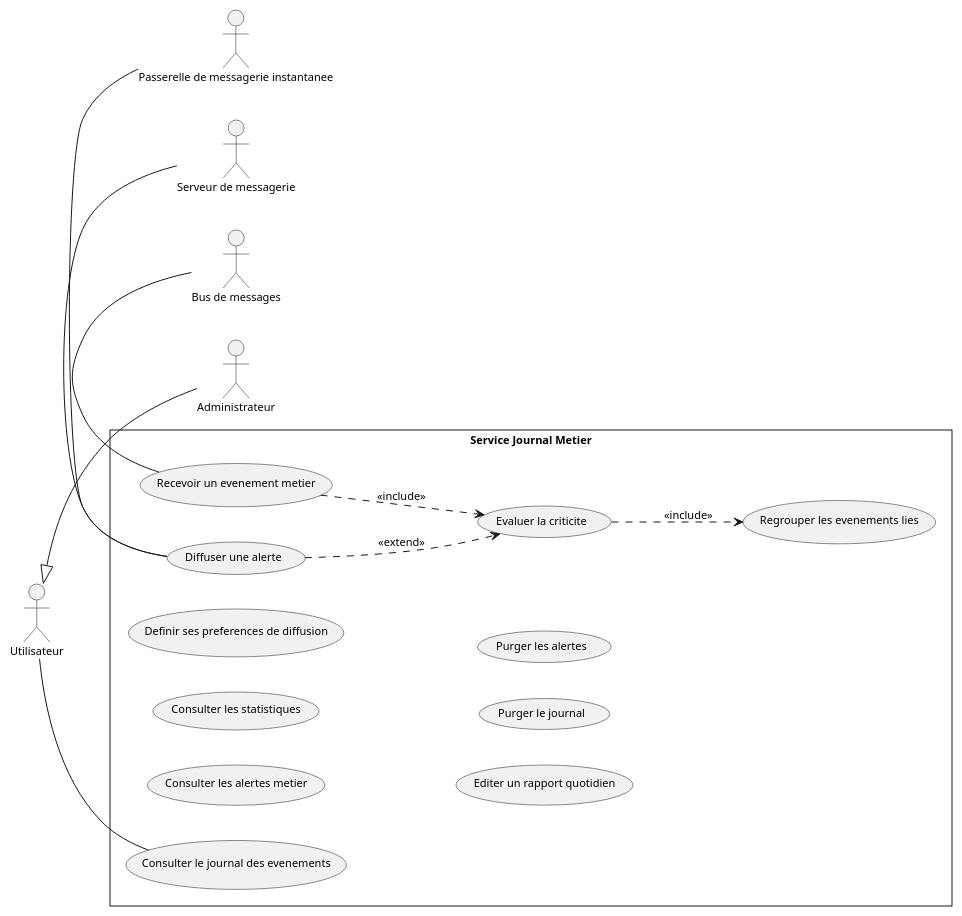
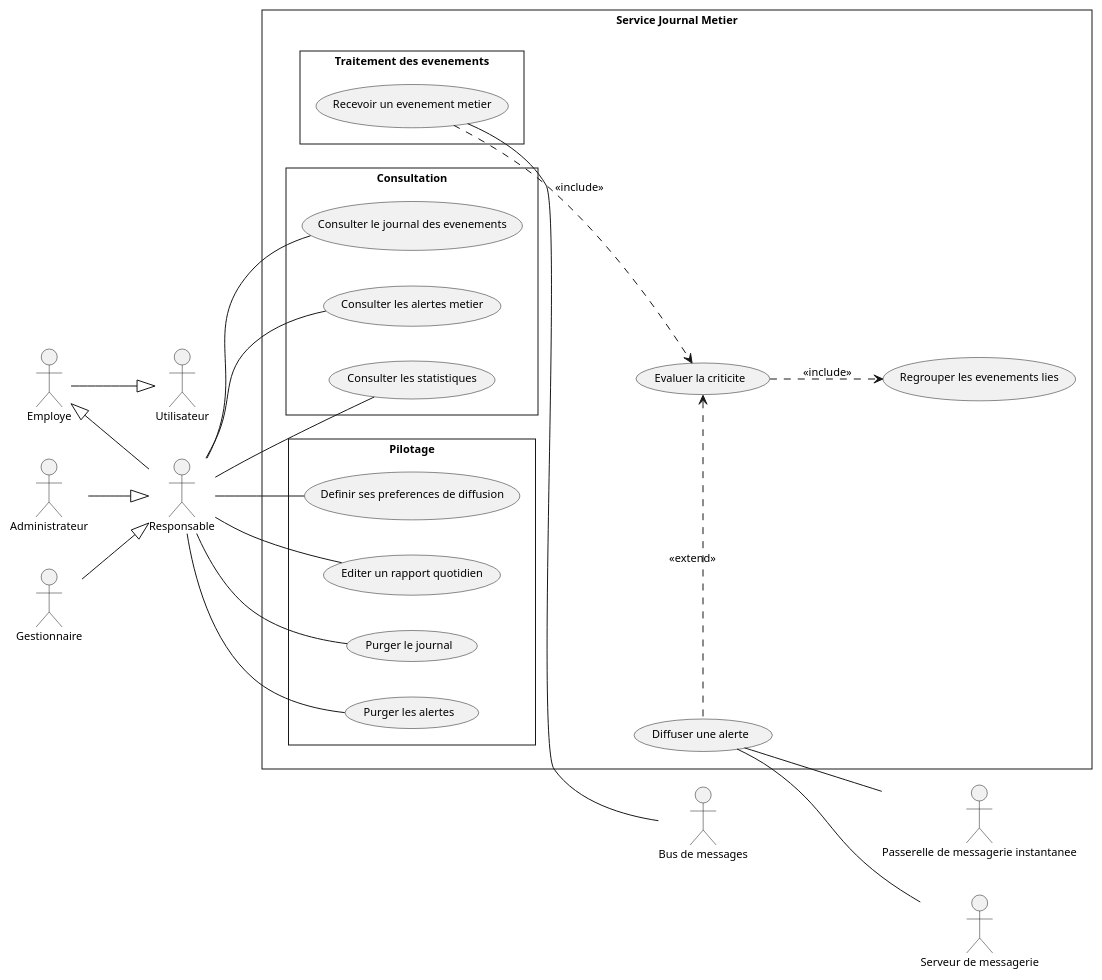
The diagram in docs/diagrams/microservices/IBOA/IBOA-usecase.puml (saber-barhoumi/Xpark-gmao), drawn with PlantUML before and after one commit. The commit also changed 12 other files, not shown here.

```diff
--- a/docs/diagrams/microservices/IBOA/IBOA-usecase.puml
+++ b/docs/diagrams/microservices/IBOA/IBOA-usecase.puml
@@ -1,49 +1,68 @@
 @startuml
 skinparam style strictuml
 skinparam packageStyle rectangle
 skinparam shadowing false
 skinparam defaultFontName Verdana
 skinparam defaultFontSize 11
 skinparam backgroundColor #FFFFFF
 left to right direction
 
-' Acteurs principaux, empiles a gauche du plus general au plus specialise
+' Acteurs, alignes a gauche : les porteurs d'associations sont
+' accoles a la frontiere, les acteurs structurels a leur gauche
 actor "Utilisateur" as Utilisateur
+actor "Employe" as Employe
+actor "Responsable" as Responsable
 actor "Administrateur" as Administrateur
+actor "Gestionnaire" as Gestionnaire
 
 ' Generalisation : triangle creux, de l'enfant vers le parent
-Administrateur -up-|> Utilisateur
+Employe -down-|> Utilisateur
+Responsable -up-|> Employe
+Administrateur -down-|> Responsable
+Gestionnaire -down-|> Responsable
 
 rectangle "Service Journal Metier" {
-  usecase "Consulter le journal des evenements" as UC_Consulter_le_journal_des_evenement
-  usecase "Recevoir un evenement metier" as UC_Recevoir_un_evenement_metier
+  package "Traitement des evenements" {
+    usecase "Recevoir un evenement metier" as UC_Recevoir_un_evenement_metier
+  }
+  package "Consultation" {
+    usecase "Consulter le journal des evenements" as UC_Consulter_le_journal_des_evenement
+    usecase "Consulter les alertes metier" as UC_Consulter_les_alertes_metier
+    usecase "Consulter les statistiques" as UC_Consulter_les_statistiques
+  }
+  package "Pilotage" {
+    usecase "Definir ses preferences de diffusion" as UC_Definir_ses_preferences_de_diffusi
+    usecase "Editer un rapport quotidien" as UC_Editer_un_rapport_quotidien
+    usecase "Purger le journal" as UC_Purger_le_journal
+    usecase "Purger les alertes" as UC_Purger_les_alertes
+  }
   usecase "Evaluer la criticite" as UC_Evaluer_la_criticite
   usecase "Regrouper les evenements lies" as UC_Regrouper_les_evenements_lies
   usecase "Diffuser une alerte" as UC_Diffuser_une_alerte
-  usecase "Consulter les alertes metier" as UC_Consulter_les_alertes_metier
-  usecase "Consulter les statistiques" as UC_Consulter_les_statistiques
-  usecase "Definir ses preferences de diffusion" as UC_Definir_ses_preferences_de_diffusi
-  usecase "Editer un rapport quotidien" as UC_Editer_un_rapport_quotidien
-  usecase "Purger le journal" as UC_Purger_le_journal
-  usecase "Purger les alertes" as UC_Purger_les_alertes
 }
 
 ' Acteurs secondaires, a droite, hors de la frontiere
 actor "Bus de messages" as Bus
 actor "Serveur de messagerie" as SMTP
 actor "Passerelle de messagerie instantanee" as Twilio
 
 ' Associations : trait continu sans fleche (relation d'association)
-Utilisateur -- UC_Consulter_le_journal_des_evenement
+Responsable -- UC_Consulter_le_journal_des_evenement
+Responsable -- UC_Consulter_les_alertes_metier
+Responsable -- UC_Consulter_les_statistiques
+Responsable -- UC_Definir_ses_preferences_de_diffusi
+Responsable -- UC_Editer_un_rapport_quotidien
+Responsable -- UC_Purger_le_journal
+Responsable -- UC_Purger_les_alertes
 
-UC_Recevoir_un_evenement_metier -right- Bus
-UC_Diffuser_une_alerte -right- SMTP
-UC_Diffuser_une_alerte -right- Twilio
+UC_Recevoir_un_evenement_metier -down- Bus
+UC_Diffuser_une_alerte -down- SMTP
+UC_Diffuser_une_alerte -down- Twilio
 
 ' << include >> : du cas de base vers le cas obligatoire
 UC_Recevoir_un_evenement_metier ..> UC_Evaluer_la_criticite : << include >>
 UC_Evaluer_la_criticite ..> UC_Regrouper_les_evenements_lies : << include >>
 ' << extend >> : du cas optionnel vers le cas de base
-UC_Diffuser_une_alerte ..> UC_Evaluer_la_criticite : << extend >>
+UC_Diffuser_une_alerte .left.> UC_Evaluer_la_criticite : << extend >>
 
 @enduml
```
